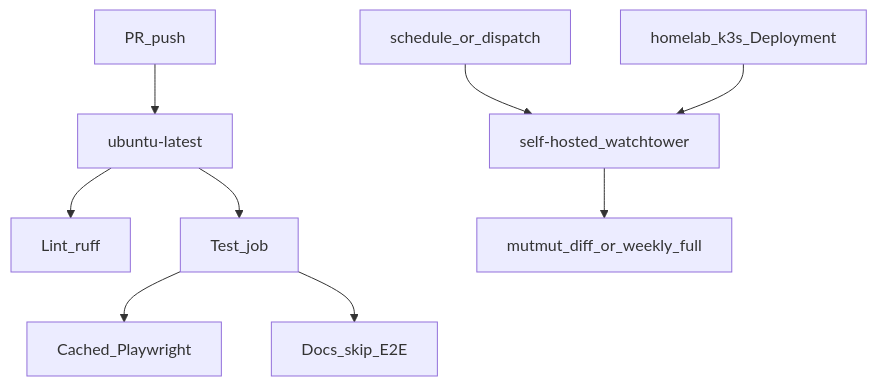
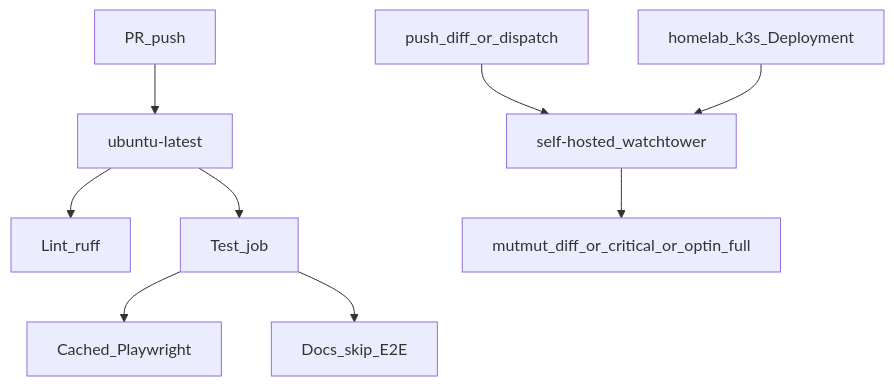
Before and after one commit to bstruong/sapphire: the diagram in docs/specs/pitch_ci_reliability.md, drawn with Mermaid. The commit also changed other lines of this file and 12 other files, not shown here.

First line of the commit message:
ci: shrink mutation to diff/critical-only by default

````diff
--- a/docs/specs/pitch_ci_reliability.md
+++ b/docs/specs/pitch_ci_reliability.md
@@ -33,11 +33,11 @@
 ```mermaid
 flowchart TD
   pr[PR_push] --> hosted[ubuntu-latest]
   hosted --> lint[Lint_ruff]
   hosted --> test[Test_job]
   test --> cachePW[Cached_Playwright]
   test --> pathSkip[Docs_skip_E2E]
-  mutEvent[schedule_or_dispatch] --> watch[self-hosted_watchtower]
-  watch --> mut[mutmut_diff_or_weekly_full]
+  mutEvent[push_diff_or_dispatch] --> watch[self-hosted_watchtower]
+  watch --> mut[mutmut_diff_or_critical_or_optin_full]
   homelab[homelab_k3s_Deployment] --> watch
 ```
````
